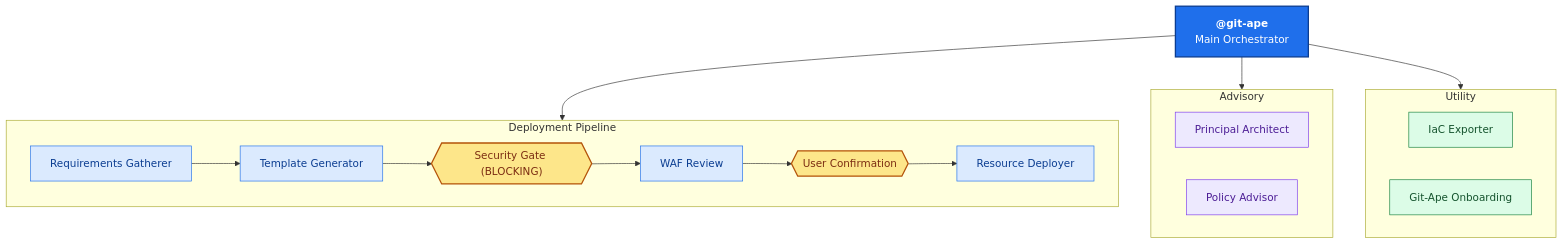
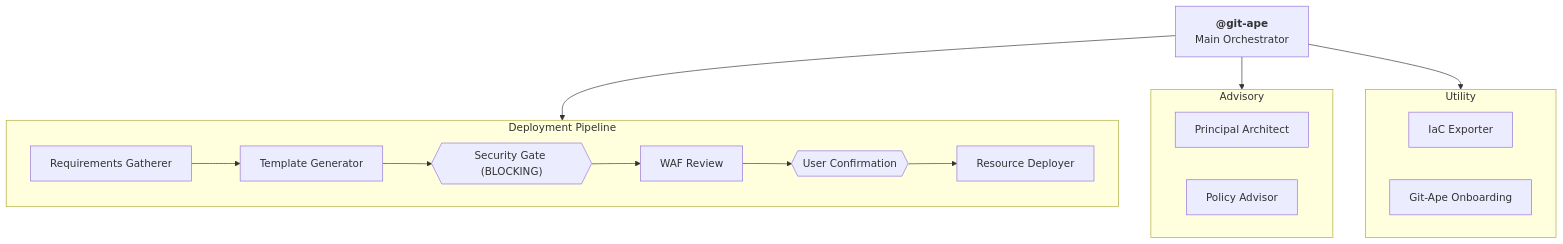
One commit to Azure/git-ape changed the diagram in website/docs/agents/overview.md. Above: the diagram before and after it, drawn with Mermaid. The commit also changed other lines of this file and 26 other files, not shown here.

````diff
--- a/website/docs/agents/overview.md
+++ b/website/docs/agents/overview.md
@@ -30,39 +29,28 @@
 ```mermaid
 graph TD
     GA["<b>@git-ape</b><br/>Main Orchestrator"]
 
     GA --> DP
     GA --> AD
     GA --> UT
 
     subgraph DP ["Deployment Pipeline"]
         RG["Requirements Gatherer"]
         TG["Template Generator"]
         SG{{"Security Gate (BLOCKING)"}}
         WR["WAF Review"]
         UC{{"User Confirmation"}}
         RD["Resource Deployer"]
         RG --> TG --> SG --> WR --> UC --> RD
     end
 
     subgraph AD ["Advisory"]
         PA["Principal Architect"]
         PO["Policy Advisor"]
     end
 
     subgraph UT ["Utility"]
         IE["IaC Exporter"]
         OB["Git-Ape Onboarding"]
     end
-
-    classDef orchestrator fill:#1f6feb,stroke:#0b3d91,stroke-width:2px,color:#ffffff
-    classDef pipeline fill:#dbeafe,stroke:#1f6feb,stroke-width:1px,color:#0b3d91
-    classDef gate fill:#fde68a,stroke:#b45309,stroke-width:2px,color:#7c2d12
-    classDef advisory fill:#ede9fe,stroke:#7c3aed,stroke-width:1px,color:#4c1d95
-    classDef utility fill:#dcfce7,stroke:#15803d,stroke-width:1px,color:#14532d
-    class GA orchestrator
-    class RG,TG,WR,RD pipeline
-    class SG,UC gate
-    class PA,PO advisory
-    class IE,OB utility
 ```
````
